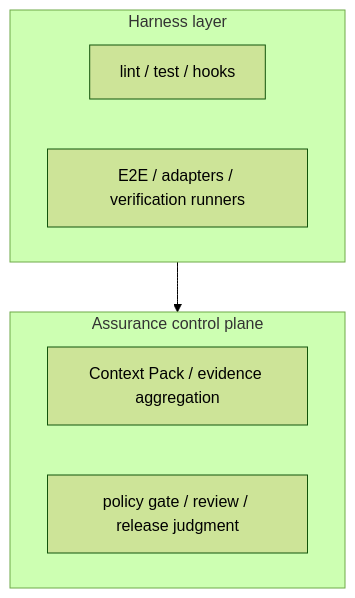
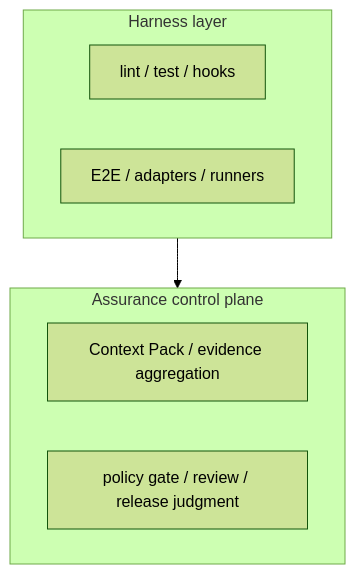
Before and after one commit to itdojp/ae-framework: the diagram in docs/product/ASSURANCE-CONTROL-PLANE.md, drawn with Mermaid (forest theme). The commit also changed other lines of this file and 2 other files, not shown here.

Commit message:
docs(product): align control plane terminology

````diff
--- a/docs/product/ASSURANCE-CONTROL-PLANE.md
+++ b/docs/product/ASSURANCE-CONTROL-PLANE.md
@@ -66,12 +66,12 @@
 ```mermaid
 flowchart TB
   subgraph H[Harness layer]
     H1[lint / test / hooks]
-    H2[E2E / adapters / verification runners]
+    H2[E2E / adapters / runners]
   end
   subgraph C[Assurance control plane]
     C1[Context Pack / evidence aggregation]
     C2[policy gate / review / release judgment]
   end
   H --> C
 ```
````
